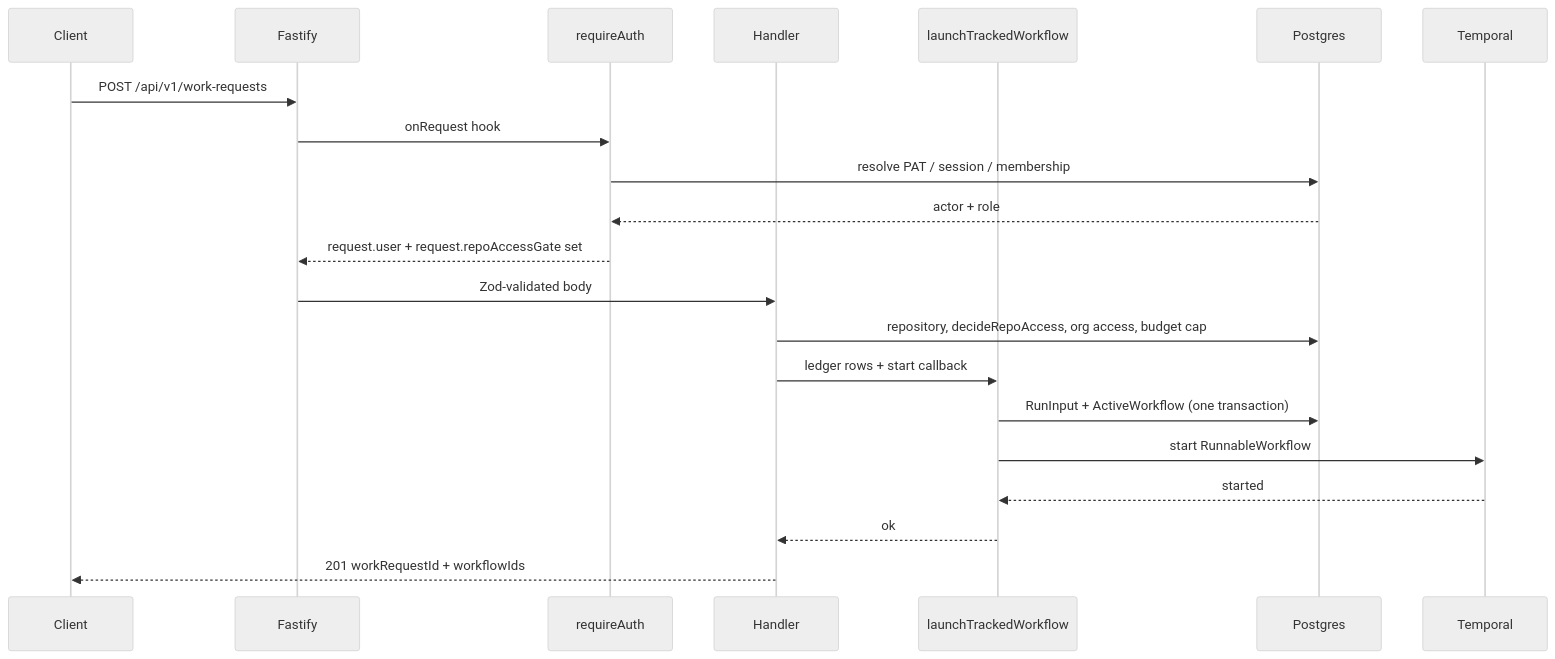
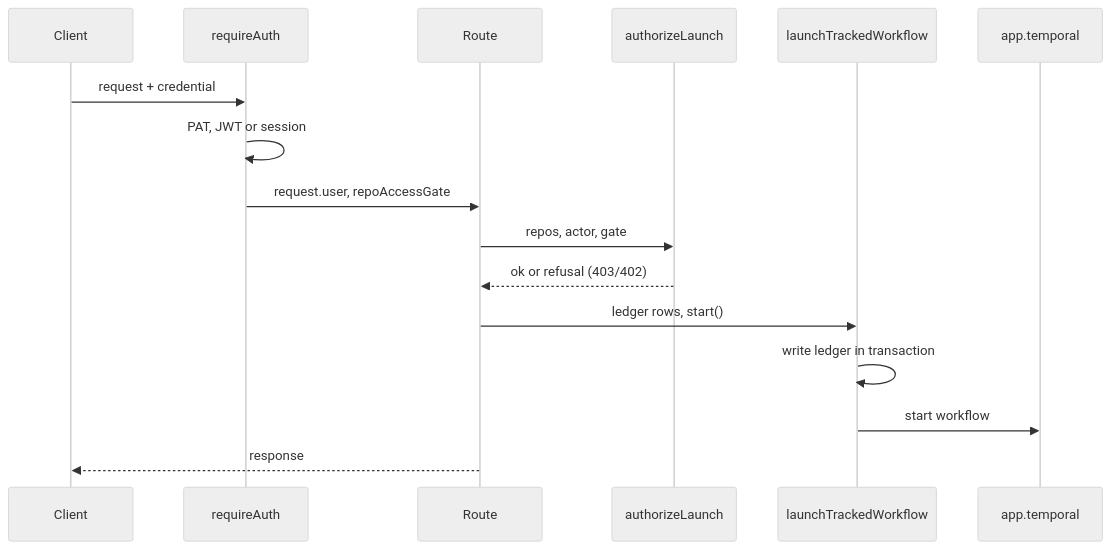
One commit to yorch/auto-swe changed the second of 2 diagrams in wiki/3-gateway-api.md. Above: the diagram before and after it, drawn with Mermaid (neutral theme). The commit also changed other lines of this file and 30 other files, not shown here.

````diff
--- a/wiki/3-gateway-api.md
+++ b/wiki/3-gateway-api.md
@@ -242,24 +131,19 @@
 ```mermaid
 sequenceDiagram
     participant Client
-    participant Fastify
-    participant requireAuth
-    participant Handler
-    participant launchTrackedWorkflow
-    participant Postgres
-    participant Temporal
+    participant Hook as requireAuth
+    participant Route
+    participant Authz as authorizeLaunch
+    participant Launch as launchTrackedWorkflow
+    participant Temporal as app.temporal
 
-    Client->>Fastify: POST /api/v1/work-requests
-    Fastify->>requireAuth: onRequest hook
-    requireAuth->>Postgres: resolve PAT / session / membership
-    Postgres-->>requireAuth: actor + role
-    requireAuth-->>Fastify: request.user + request.repoAccessGate set
-    Fastify->>Handler: Zod-validated body
-    Handler->>Postgres: repository, decideRepoAccess, org access, budget cap
-    Handler->>launchTrackedWorkflow: ledger rows + start callback
-    launchTrackedWorkflow->>Postgres: RunInput + ActiveWorkflow (one transaction)
-    launchTrackedWorkflow->>Temporal: start RunnableWorkflow
-    Temporal-->>launchTrackedWorkflow: started
-    launchTrackedWorkflow-->>Handler: ok
-    Handler-->>Client: 201 workRequestId + workflowIds
+    Client->>Hook: request + credential
+    Hook->>Hook: PAT, JWT or session
+    Hook->>Route: request.user, repoAccessGate
+    Route->>Authz: repos, actor, gate
+    Authz-->>Route: ok or refusal (403/402)
+    Route->>Launch: ledger rows, start()
+    Launch->>Launch: write ledger in transaction
+    Launch->>Temporal: start workflow
+    Route-->>Client: response
 ```
````
